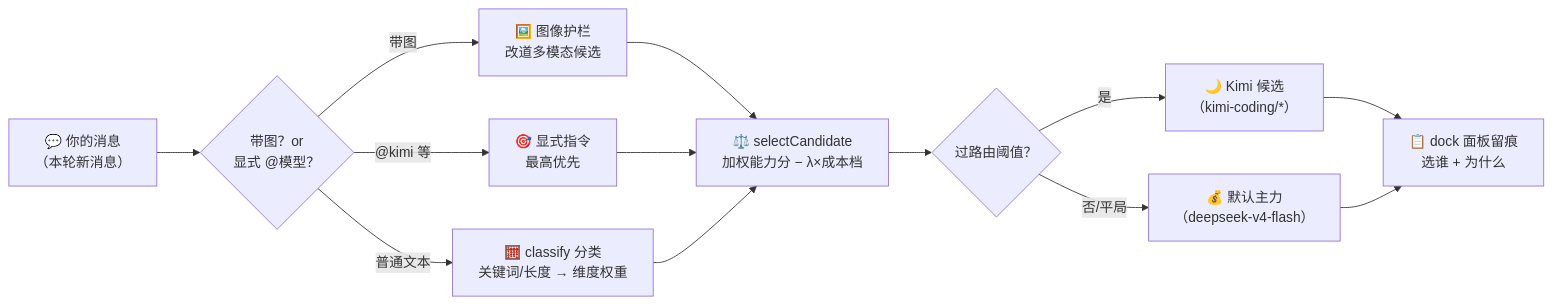
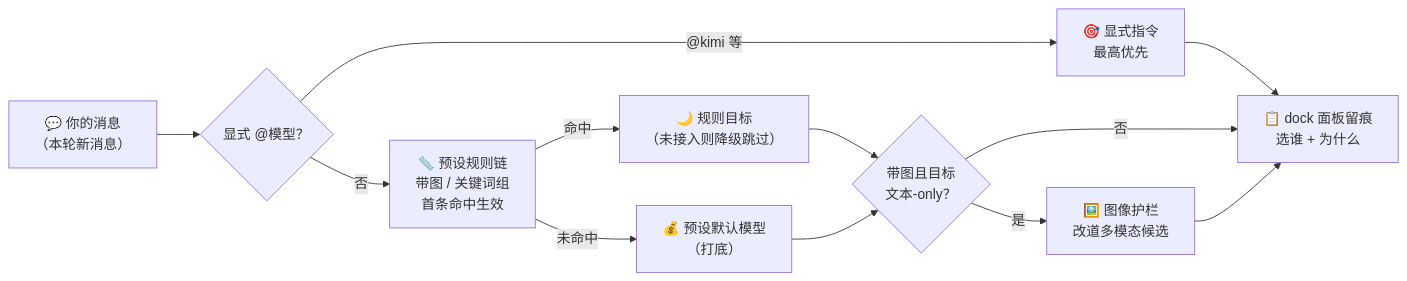
Before and after one commit to tafcear/kimi-tide: the second of 4 diagrams in README.md, drawn with Mermaid. The commit also changed other lines of this file and 7 other files, not shown here.

Commit message:
docs+release: 0.5.0 规则驱动路由——router.md 重写（弃版本号文件名）、README/路线图/定位同步、package 0.5.0

````diff
--- a/README.md
+++ b/README.md
@@ -93,15 +95,14 @@
 ```mermaid
 flowchart LR
-    A["💬 你的消息<br>（本轮新消息）"] --> B{"带图？or<br>显式 @模型？"}
-    B -- 带图 --> G["🖼️ 图像护栏<br>改道多模态候选"]
+    A["💬 你的消息<br>（本轮新消息）"] --> B{"显式 @模型？"}
     B -- "@kimi 等" --> H["🎯 显式指令<br>最高优先"]
-    B -- 普通文本 --> C["🧮 classify 分类<br>关键词/长度 → 维度权重"]
-    G --> D
-    H --> D
-    C --> D["⚖️ selectCandidate<br>加权能力分 − λ×成本档"]
-    D --> E{"过路由阈值？"}
-    E -- 是 --> F["🌙 Kimi 候选<br>（kimi-coding/*）"]
-    E -- 否/平局 --> I["💰 默认主力<br>（deepseek-v4-flash）"]
-    F --> J["📋 dock 面板留痕<br>选谁 + 为什么"]
-    I --> J
+    B -- 否 --> C["📏 预设规则链<br>带图 / 关键词组<br>首条命中生效"]
+    C -- 命中 --> D["🌙 规则目标<br>（未接入则降级跳过）"]
+    C -- 未命中 --> E["💰 预设默认模型<br>（打底）"]
+    H --> J
+    D --> F{"带图且目标<br>文本-only？"}
+    E --> F
+    F -- 是 --> G["🖼️ 图像护栏<br>改道多模态候选"]
+    F -- 否 --> J["📋 dock 面板留痕<br>选谁 + 为什么"]
+    G --> J
 ```
````
